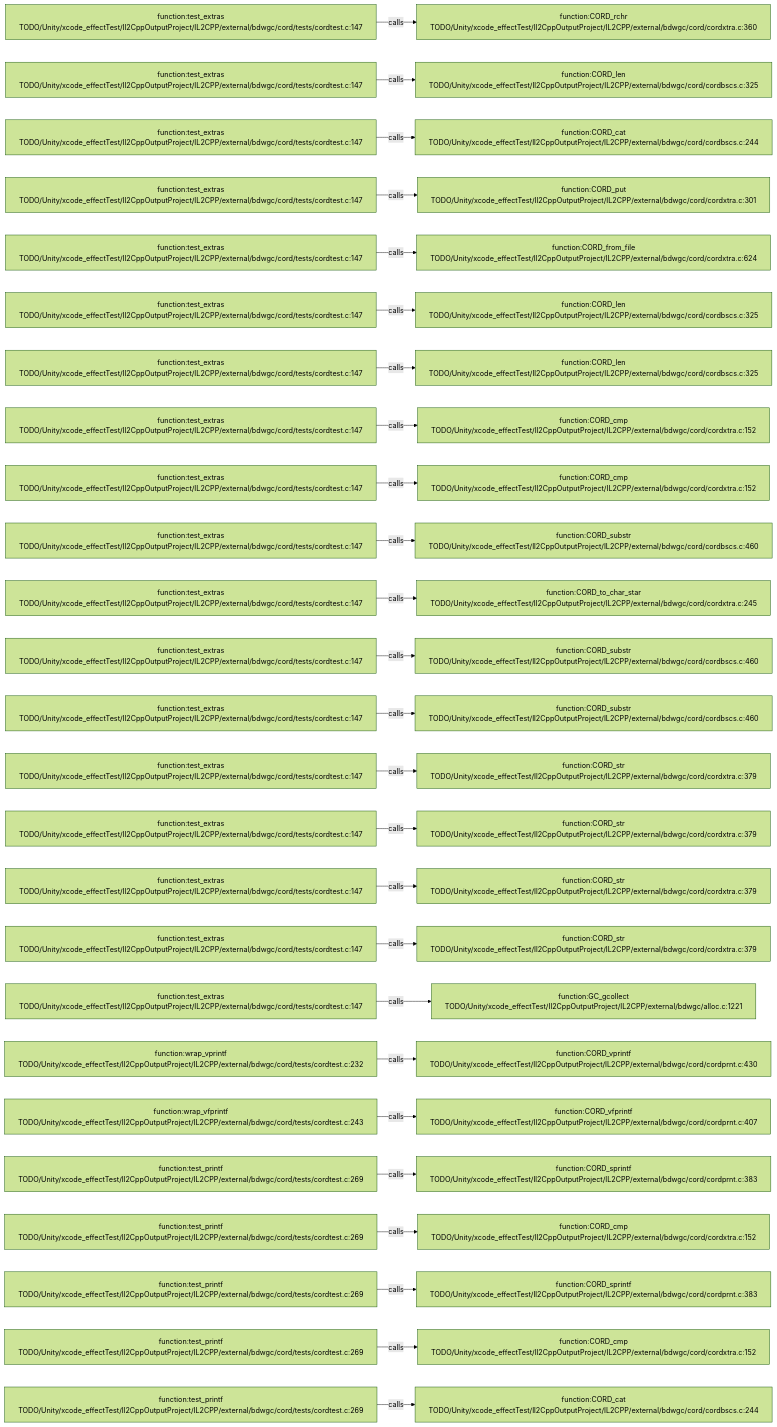
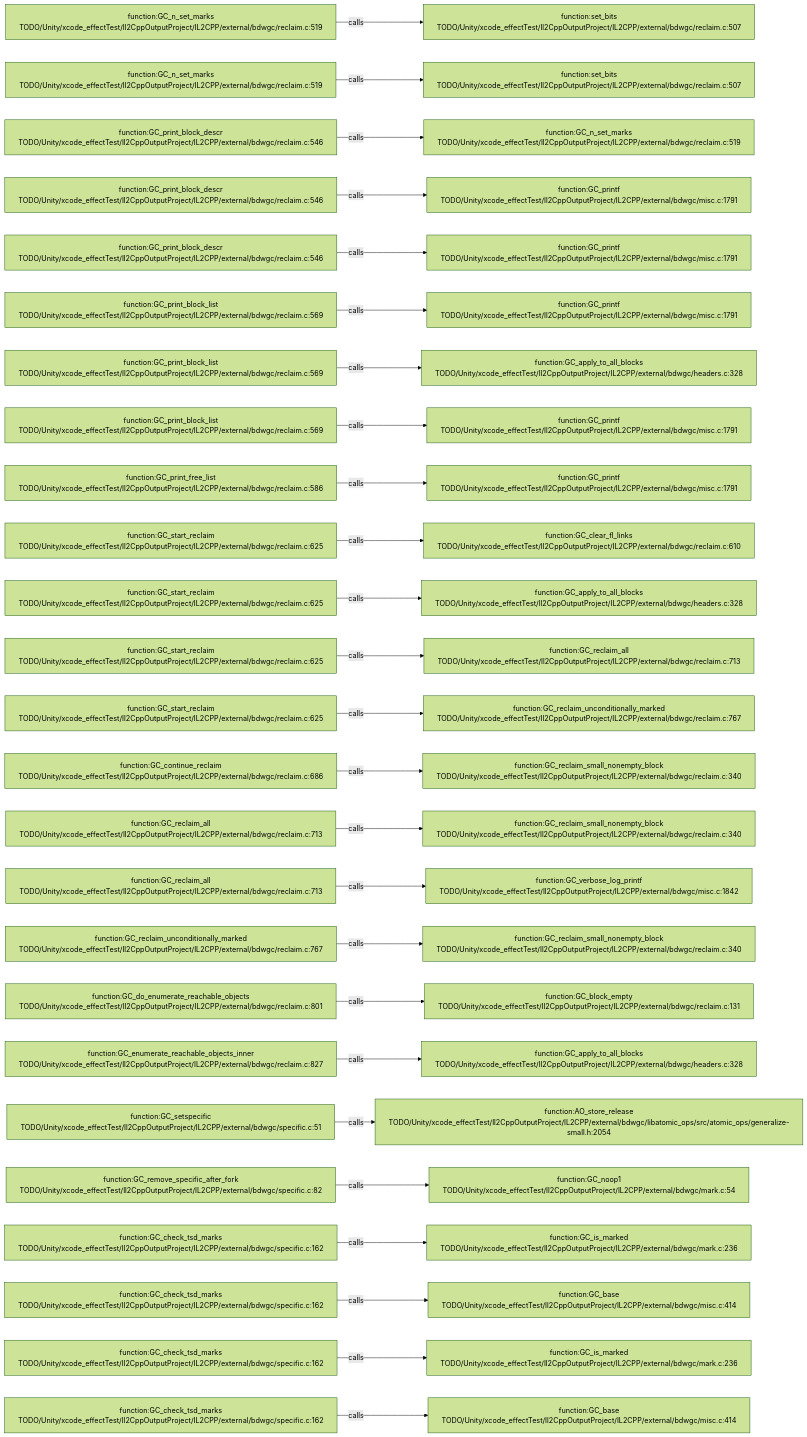
The diagram in .codegraph/codegraph.md/graphs/calls-158.md (JobsKits/JobsSwiftBaseConfigDemo), drawn with Mermaid (forest theme) before and after one commit. The commit also changed 227 other files, not shown here.

````diff
--- a/.codegraph/codegraph.md/graphs/calls-158.md
+++ b/.codegraph/codegraph.md/graphs/calls-158.md
@@ -13,78 +13,78 @@
 ```mermaid
 flowchart LR
-  S1["function:test_extras<br/>TODO/Unity/xcode_effectTest/Il2CppOutputProject/IL2CPP/external/bdwgc/cord/tests/cordtest.c:147"]
-  T1["function:CORD_rchr<br/>TODO/Unity/xcode_effectTest/Il2CppOutputProject/IL2CPP/external/bdwgc/cord/cordxtra.c:360"]
+  S1["function:GC_n_set_marks<br/>TODO/Unity/xcode_effectTest/Il2CppOutputProject/IL2CPP/external/bdwgc/reclaim.c:519"]
+  T1["function:set_bits<br/>TODO/Unity/xcode_effectTest/Il2CppOutputProject/IL2CPP/external/bdwgc/reclaim.c:507"]
   S1 -->|calls| T1
-  S2["function:test_extras<br/>TODO/Unity/xcode_effectTest/Il2CppOutputProject/IL2CPP/external/bdwgc/cord/tests/cordtest.c:147"]
-  T2["function:CORD_len<br/>TODO/Unity/xcode_effectTest/Il2CppOutputProject/IL2CPP/external/bdwgc/cord/cordbscs.c:325"]
+  S2["function:GC_n_set_marks<br/>TODO/Unity/xcode_effectTest/Il2CppOutputProject/IL2CPP/external/bdwgc/reclaim.c:519"]
+  T2["function:set_bits<br/>TODO/Unity/xcode_effectTest/Il2CppOutputProject/IL2CPP/external/bdwgc/reclaim.c:507"]
   S2 -->|calls| T2
-  S3["function:test_extras<br/>TODO/Unity/xcode_effectTest/Il2CppOutputProject/IL2CPP/external/bdwgc/cord/tests/cordtest.c:147"]
-  T3["function:CORD_cat<br/>TODO/Unity/xcode_effectTest/Il2CppOutputProject/IL2CPP/external/bdwgc/cord/cordbscs.c:244"]
+  S3["function:GC_print_block_descr<br/>TODO/Unity/xcode_effectTest/Il2CppOutputProject/IL2CPP/external/bdwgc/reclaim.c:546"]
+  T3["function:GC_n_set_marks<br/>TODO/Unity/xcode_effectTest/Il2CppOutputProject/IL2CPP/external/bdwgc/reclaim.c:519"]
   S3 -->|calls| T3
-  S4["function:test_extras<br/>TODO/Unity/xcode_effectTest/Il2CppOutputProject/IL2CPP/external/bdwgc/cord/tests/cordtest.c:147"]
-  T4["function:CORD_put<br/>TODO/Unity/xcode_effectTest/Il2CppOutputProject/IL2CPP/external/bdwgc/cord/cordxtra.c:301"]
+  S4["function:GC_print_block_descr<br/>TODO/Unity/xcode_effectTest/Il2CppOutputProject/IL2CPP/external/bdwgc/reclaim.c:546"]
+  T4["function:GC_printf<br/>TODO/Unity/xcode_effectTest/Il2CppOutputProject/IL2CPP/external/bdwgc/misc.c:1791"]
   S4 -->|calls| T4
-  S5["function:test_extras<br/>TODO/Unity/xcode_effectTest/Il2CppOutputProject/IL2CPP/external/bdwgc/cord/tests/cordtest.c:147"]
-  T5["function:CORD_from_file<br/>TODO/Unity/xcode_effectTest/Il2CppOutputProject/IL2CPP/external/bdwgc/cord/cordxtra.c:624"]
+  S5["function:GC_print_block_descr<br/>TODO/Unity/xcode_effectTest/Il2CppOutputProject/IL2CPP/external/bdwgc/reclaim.c:546"]
+  T5["function:GC_printf<br/>TODO/Unity/xcode_effectTest/Il2CppOutputProject/IL2CPP/external/bdwgc/misc.c:1791"]
   S5 -->|calls| T5
-  S6["function:test_extras<br/>TODO/Unity/xcode_effectTest/Il2CppOutputProject/IL2CPP/external/bdwgc/cord/tests/cordtest.c:147"]
-  T6["function:CORD_len<br/>TODO/Unity/xcode_effectTest/Il2CppOutputProject/IL2CPP/external/bdwgc/cord/cordbscs.c:325"]
+  S6["function:GC_print_block_list<br/>TODO/Unity/xcode_effectTest/Il2CppOutputProject/IL2CPP/external/bdwgc/reclaim.c:569"]
+  T6["function:GC_printf<br/>TODO/Unity/xcode_effectTest/Il2CppOutputProject/IL2CPP/external/bdwgc/misc.c:1791"]
   S6 -->|calls| T6
-  S7["function:test_extras<br/>TODO/Unity/xcode_effectTest/Il2CppOutputProject/IL2CPP/external/bdwgc/cord/tests/cordtest.c:147"]
-  T7["function:CORD_len<br/>TODO/Unity/xcode_effectTest/Il2CppOutputProject/IL2CPP/external/bdwgc/cord/cordbscs.c:325"]
+  S7["function:GC_print_block_list<br/>TODO/Unity/xcode_effectTest/Il2CppOutputProject/IL2CPP/external/bdwgc/reclaim.c:569"]
+  T7["function:GC_apply_to_all_blocks<br/>TODO/Unity/xcode_effectTest/Il2CppOutputProject/IL2CPP/external/bdwgc/headers.c:328"]
   S7 -->|calls| T7
-  S8["function:test_extras<br/>TODO/Unity/xcode_effectTest/Il2CppOutputProject/IL2CPP/external/bdwgc/cord/tests/cordtest.c:147"]
-  T8["function:CORD_cmp<br/>TODO/Unity/xcode_effectTest/Il2CppOutputProject/IL2CPP/external/bdwgc/cord/cordxtra.c:152"]
+  S8["function:GC_print_block_list<br/>TODO/Unity/xcode_effectTest/Il2CppOutputProject/IL2CPP/external/bdwgc/reclaim.c:569"]
+  T8["function:GC_printf<br/>TODO/Unity/xcode_effectTest/Il2CppOutputProject/IL2CPP/external/bdwgc/misc.c:1791"]
   S8 -->|calls| T8
-  S9["function:test_extras<br/>TODO/Unity/xcode_effectTest/Il2CppOutputProject/IL2CPP/external/bdwgc/cord/tests/cordtest.c:147"]
-  T9["function:CORD_cmp<br/>TODO/Unity/xcode_effectTest/Il2CppOutputProject/IL2CPP/external/bdwgc/cord/cordxtra.c:152"]
+  S9["function:GC_print_free_list<br/>TODO/Unity/xcode_effectTest/Il2CppOutputProject/IL2CPP/external/bdwgc/reclaim.c:586"]
+  T9["function:GC_printf<br/>TODO/Unity/xcode_effectTest/Il2CppOutputProject/IL2CPP/external/bdwgc/misc.c:1791"]
   S9 -->|calls| T9
-  S10["function:test_extras<br/>TODO/Unity/xcode_effectTest/Il2CppOutputProject/IL2CPP/external/bdwgc/cord/tests/cordtest.c:147"]
-  T10["function:CORD_substr<br/>TODO/Unity/xcode_effectTest/Il2CppOutputProject/IL2CPP/external/bdwgc/cord/cordbscs.c:460"]
+  S10["function:GC_start_reclaim<br/>TODO/Unity/xcode_effectTest/Il2CppOutputProject/IL2CPP/external/bdwgc/reclaim.c:625"]
+  T10["function:GC_clear_fl_links<br/>TODO/Unity/xcode_effectTest/Il2CppOutputProject/IL2CPP/external/bdwgc/reclaim.c:610"]
   S10 -->|calls| T10
-  S11["function:test_extras<br/>TODO/Unity/xcode_effectTest/Il2CppOutputProject/IL2CPP/external/bdwgc/cord/tests/cordtest.c:147"]
-  T11["function:CORD_to_char_star<br/>TODO/Unity/xcode_effectTest/Il2CppOutputProject/IL2CPP/external/bdwgc/cord/cordxtra.c:245"]
+  S11["function:GC_start_reclaim<br/>TODO/Unity/xcode_effectTest/Il2CppOutputProject/IL2CPP/external/bdwgc/reclaim.c:625"]
+  T11["function:GC_apply_to_all_blocks<br/>TODO/Unity/xcode_effectTest/Il2CppOutputProject/IL2CPP/external/bdwgc/headers.c:328"]
   S11 -->|calls| T11
-  S12["function:test_extras<br/>TODO/Unity/xcode_effectTest/Il2CppOutputProject/IL2CPP/external/bdwgc/cord/tests/cordtest.c:147"]
-  T12["function:CORD_substr<br/>TODO/Unity/xcode_effectTest/Il2CppOutputProject/IL2CPP/external/bdwgc/cord/cordbscs.c:460"]
+  S12["function:GC_start_reclaim<br/>TODO/Unity/xcode_effectTest/Il2CppOutputProject/IL2CPP/external/bdwgc/reclaim.c:625"]
+  T12["function:GC_reclaim_all<br/>TODO/Unity/xcode_effectTest/Il2CppOutputProject/IL2CPP/external/bdwgc/reclaim.c:713"]
   S12 -->|calls| T12
-  S13["function:test_extras<br/>TODO/Unity/xcode_effectTest/Il2CppOutputProject/IL2CPP/external/bdwgc/cord/tests/cordtest.c:147"]
-  T13["function:CORD_substr<br/>TODO/Unity/xcode_effectTest/Il2CppOutputProject/IL2CPP/external/bdwgc/cord/cordbscs.c:460"]
+  S13["function:GC_start_reclaim<br/>TODO/Unity/xcode_effectTest/Il2CppOutputProject/IL2CPP/external/bdwgc/reclaim.c:625"]
+  T13["function:GC_reclaim_unconditionally_marked<br/>TODO/Unity/xcode_effectTest/Il2CppOutputProject/IL2CPP/external/bdwgc/reclaim.c:767"]
   S13 -->|calls| T13
-  S14["function:test_extras<br/>TODO/Unity/xcode_effectTest/Il2CppOutputProject/IL2CPP/external/bdwgc/cord/tests/cordtest.c:147"]
-  T14["function:CORD_str<br/>TODO/Unity/xcode_effectTest/Il2CppOutputProject/IL2CPP/external/bdwgc/cord/cordxtra.c:379"]
+  S14["function:GC_continue_reclaim<br/>TODO/Unity/xcode_effectTest/Il2CppOutputProject/IL2CPP/external/bdwgc/reclaim.c:686"]
+  T14["function:GC_reclaim_small_nonempty_block<br/>TODO/Unity/xcode_effectTest/Il2CppOutputProject/IL2CPP/external/bdwgc/reclaim.c:340"]
   S14 -->|calls| T14
-  S15["function:test_extras<br/>TODO/Unity/xcode_effectTest/Il2CppOutputProject/IL2CPP/external/bdwgc/cord/tests/cordtest.c:147"]
-  T15["function:CORD_str<br/>TODO/Unity/xcode_effectTest/Il2CppOutputProject/IL2CPP/external/bdwgc/cord/cordxtra.c:379"]
+  S15["function:GC_reclaim_all<br/>TODO/Unity/xcode_effectTest/Il2CppOutputProject/IL2CPP/external/bdwgc/reclaim.c:713"]
+  T15["function:GC_reclaim_small_nonempty_block<br/>TODO/Unity/xcode_effectTest/Il2CppOutputProject/IL2CPP/external/bdwgc/reclaim.c:340"]
   S15 -->|calls| T15
-  S16["function:test_extras<br/>TODO/Unity/xcode_effectTest/Il2CppOutputProject/IL2CPP/external/bdwgc/cord/tests/cordtest.c:147"]
-  T16["function:CORD_str<br/>TODO/Unity/xcode_effectTest/Il2CppOutputProject/IL2CPP/external/bdwgc/cord/cordxtra.c:379"]
+  S16["function:GC_reclaim_all<br/>TODO/Unity/xcode_effectTest/Il2CppOutputProject/IL2CPP/external/bdwgc/reclaim.c:713"]
+  T16["function:GC_verbose_log_printf<br/>TODO/Unity/xcode_effectTest/Il2CppOutputProject/IL2CPP/external/bdwgc/misc.c:1842"]
   S16 -->|calls| T16
-  S17["function:test_extras<br/>TODO/Unity/xcode_effectTest/Il2CppOutputProject/IL2CPP/external/bdwgc/cord/tests/cordtest.c:147"]
-  T17["function:CORD_str<br/>TODO/Unity/xcode_effectTest/Il2CppOutputProject/IL2CPP/external/bdwgc/cord/cordxtra.c:379"]
+  S17["function:GC_reclaim_unconditionally_marked<br/>TODO/Unity/xcode_effectTest/Il2CppOutputProject/IL2CPP/external/bdwgc/reclaim.c:767"]
+  T17["function:GC_reclaim_small_nonempty_block<br/>TODO/Unity/xcode_effectTest/Il2CppOutputProject/IL2CPP/external/bdwgc/reclaim.c:340"]
   S17 -->|calls| T17
-  S18["function:test_extras<br/>TODO/Unity/xcode_effectTest/Il2CppOutputProject/IL2CPP/external/bdwgc/cord/tests/cordtest.c:147"]
-  T18["function:GC_gcollect<br/>TODO/Unity/xcode_effectTest/Il2CppOutputProject/IL2CPP/external/bdwgc/alloc.c:1221"]
+  S18["function:GC_do_enumerate_reachable_objects<br/>TODO/Unity/xcode_effectTest/Il2CppOutputProject/IL2CPP/external/bdwgc/reclaim.c:801"]
+  T18["function:GC_block_empty<br/>TODO/Unity/xcode_effectTest/Il2CppOutputProject/IL2CPP/external/bdwgc/reclaim.c:131"]
   S18 -->|calls| T18
-  S19["function:wrap_vprintf<br/>TODO/Unity/xcode_effectTest/Il2CppOutputProject/IL2CPP/external/bdwgc/cord/tests/cordtest.c:232"]
-  T19["function:CORD_vprintf<br/>TODO/Unity/xcode_effectTest/Il2CppOutputProject/IL2CPP/external/bdwgc/cord/cordprnt.c:430"]
+  S19["function:GC_enumerate_reachable_objects_inner<br/>TODO/Unity/xcode_effectTest/Il2CppOutputProject/IL2CPP/external/bdwgc/reclaim.c:827"]
+  T19["function:GC_apply_to_all_blocks<br/>TODO/Unity/xcode_effectTest/Il2CppOutputProject/IL2CPP/external/bdwgc/headers.c:328"]
   S19 -->|calls| T19
-  S20["function:wrap_vfprintf<br/>TODO/Unity/xcode_effectTest/Il2CppOutputProject/IL2CPP/external/bdwgc/cord/tests/cordtest.c:243"]
-  T20["function:CORD_vfprintf<br/>TODO/Unity/xcode_effectTest/Il2CppOutputProject/IL2CPP/external/bdwgc/cord/cordprnt.c:407"]
+  S20["function:GC_setspecific<br/>TODO/Unity/xcode_effectTest/Il2CppOutputProject/IL2CPP/external/bdwgc/specific.c:51"]
+  T20["function:AO_store_release<br/>TODO/Unity/xcode_effectTest/Il2CppOutputProject/IL2CPP/external/bdwgc/libatomic_ops/src/atomic_ops/generalize-small.h:2054"]
   S20 -->|calls| T20
-  S21["function:test_printf<br/>TODO/Unity/xcode_effectTest/Il2CppOutputProject/IL2CPP/external/bdwgc/cord/tests/cordtest.c:269"]
-  T21["function:CORD_sprintf<br/>TODO/Unity/xcode_effectTest/Il2CppOutputProject/IL2CPP/external/bdwgc/cord/cordprnt.c:383"]
+  S21["function:GC_remove_specific_after_fork<br/>TODO/Unity/xcode_effectTest/Il2CppOutputProject/IL2CPP/external/bdwgc/specific.c:82"]
+  T21["function:GC_noop1<br/>TODO/Unity/xcode_effectTest/Il2CppOutputProject/IL2CPP/external/bdwgc/mark.c:54"]
   S21 -->|calls| T21
-  S22["function:test_printf<br/>TODO/Unity/xcode_effectTest/Il2CppOutputProject/IL2CPP/external/bdwgc/cord/tests/cordtest.c:269"]
-  T22["function:CORD_cmp<br/>TODO/Unity/xcode_effectTest/Il2CppOutputProject/IL2CPP/external/bdwgc/cord/cordxtra.c:152"]
+  S22["function:GC_check_tsd_marks<br/>TODO/Unity/xcode_effectTest/Il2CppOutputProject/IL2CPP/external/bdwgc/specific.c:162"]
+  T22["function:GC_is_marked<br/>TODO/Unity/xcode_effectTest/Il2CppOutputProject/IL2CPP/external/bdwgc/mark.c:236"]
   S22 -->|calls| T22
-  S23["function:test_printf<br/>TODO/Unity/xcode_effectTest/Il2CppOutputProject/IL2CPP/external/bdwgc/cord/tests/cordtest.c:269"]
-  T23["function:CORD_sprintf<br/>TODO/Unity/xcode_effectTest/Il2CppOutputProject/IL2CPP/external/bdwgc/cord/cordprnt.c:383"]
+  S23["function:GC_check_tsd_marks<br/>TODO/Unity/xcode_effectTest/Il2CppOutputProject/IL2CPP/external/bdwgc/specific.c:162"]
+  T23["function:GC_base<br/>TODO/Unity/xcode_effectTest/Il2CppOutputProject/IL2CPP/external/bdwgc/misc.c:414"]
   S23 -->|calls| T23
-  S24["function:test_printf<br/>TODO/Unity/xcode_effectTest/Il2CppOutputProject/IL2CPP/external/bdwgc/cord/tests/cordtest.c:269"]
-  T24["function:CORD_cmp<br/>TODO/Unity/xcode_effectTest/Il2CppOutputProject/IL2CPP/external/bdwgc/cord/cordxtra.c:152"]
+  S24["function:GC_check_tsd_marks<br/>TODO/Unity/xcode_effectTest/Il2CppOutputProject/IL2CPP/external/bdwgc/specific.c:162"]
+  T24["function:GC_is_marked<br/>TODO/Unity/xcode_effectTest/Il2CppOutputProject/IL2CPP/external/bdwgc/mark.c:236"]
   S24 -->|calls| T24
-  S25["function:test_printf<br/>TODO/Unity/xcode_effectTest/Il2CppOutputProject/IL2CPP/external/bdwgc/cord/tests/cordtest.c:269"]
-  T25["function:CORD_cat<br/>TODO/Unity/xcode_effectTest/Il2CppOutputProject/IL2CPP/external/bdwgc/cord/cordbscs.c:244"]
+  S25["function:GC_check_tsd_marks<br/>TODO/Unity/xcode_effectTest/Il2CppOutputProject/IL2CPP/external/bdwgc/specific.c:162"]
+  T25["function:GC_base<br/>TODO/Unity/xcode_effectTest/Il2CppOutputProject/IL2CPP/external/bdwgc/misc.c:414"]
   S25 -->|calls| T25
 ```
````
